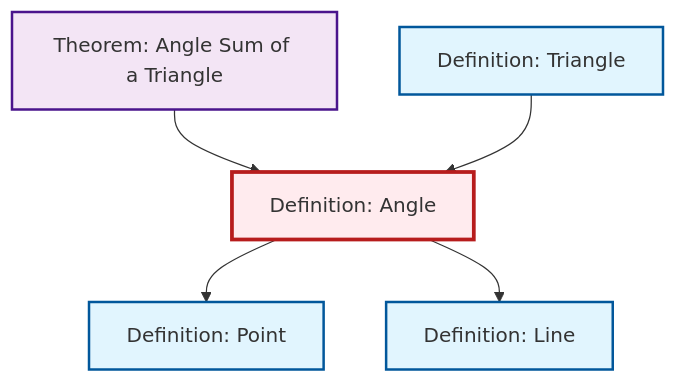
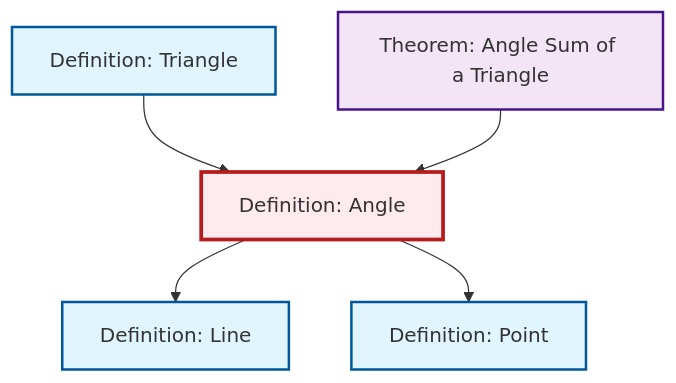
The diagram in content/en/geometry/def-angle.qmd (RK0429/ModernMath), drawn with Mermaid before and after one commit. The commit also changed other lines of this file and 554 other files, not shown here.

````diff
--- a/content/en/geometry/def-angle.qmd
+++ b/content/en/geometry/def-angle.qmd
@@ -49,23 +49,23 @@
 ```{mermaid}
 %%| fig-cap: "Local dependency graph"
 graph TD
     classDef definition fill:#e1f5fe,stroke:#01579b,stroke-width:2px
     classDef theorem fill:#f3e5f5,stroke:#4a148c,stroke-width:2px
     classDef axiom fill:#fff3e0,stroke:#e65100,stroke-width:2px
     classDef example fill:#e8f5e9,stroke:#1b5e20,stroke-width:2px
     classDef current fill:#ffebee,stroke:#b71c1c,stroke-width:3px
     def-line["Definition: Line"]:::definition
+    def-triangle["Definition: Triangle"]:::definition
+    def-point["Definition: Point"]:::definition
+    thm-angle-sum-triangle["Theorem: Angle Sum of a Triangle"]:::theorem
     def-angle["Definition: Angle"]:::definition
-    thm-angle-sum-triangle["Theorem: Angle Sum of a Triangle"]:::theorem
-    def-point["Definition: Point"]:::definition
-    def-triangle["Definition: Triangle"]:::definition
+    def-triangle --> def-angle
+    def-angle --> def-line
     thm-angle-sum-triangle --> def-angle
-    def-triangle --> def-angle
     def-angle --> def-point
-    def-angle --> def-line
     class def-angle current
     click def-line "def-line.html" "Go to Line definition"
+    click def-triangle "def-triangle.html" "Go to Triangle definition"
+    click def-point "def-point.html" "Go to Point definition"
     click thm-angle-sum-triangle "thm-angle-sum-triangle.html" "Go to Angle Sum of a Triangle theorem"
-    click def-point "def-point.html" "Go to Point definition"
-    click def-triangle "def-triangle.html" "Go to Triangle definition"
 ```
````
